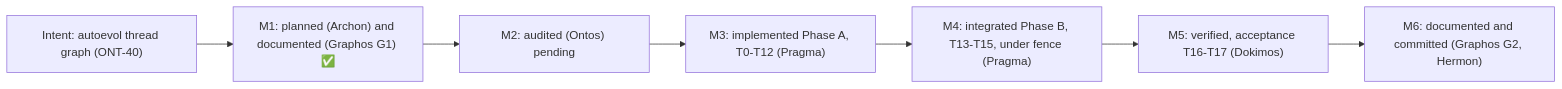
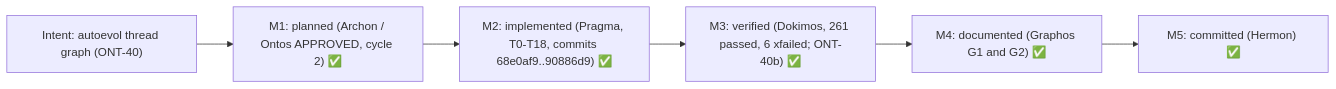
Before and after one commit to ancrz/agent-execution-plane: diagram 16 of 19 in README.md, drawn with Mermaid. The commit also changed other lines of this file and 5 other files, not shown here.

First line of the commit message:
docs(pipeline): record ONT-40 VERIFIED verdict and state (ONT-40)

````diff
--- a/README.md
+++ b/README.md
@@ -1039,9 +1039,8 @@
 ```mermaid
 flowchart LR
-    I["Intent: autoevol thread graph (ONT-40)"] --> M1["M1: planned (Archon) and documented (Graphos G1) ✅"]
-    M1 --> M2["M2: audited (Ontos) pending"]
-    M2 --> M3["M3: implemented Phase A, T0-T12 (Pragma)"]
-    M3 --> M4["M4: integrated Phase B, T13-T15, under fence (Pragma)"]
-    M4 --> M5["M5: verified, acceptance T16-T17 (Dokimos)"]
-    M5 --> M6["M6: documented and committed (Graphos G2, Hermon)"]
+    I["Intent: autoevol thread graph (ONT-40)"] --> M1["M1: planned (Archon / Ontos APPROVED, cycle 2) ✅"]
+    M1 --> M2["M2: implemented (Pragma, T0-T18, commits 68e0af9..90886d9) ✅"]
+    M2 --> M3["M3: verified (Dokimos, 261 passed, 6 xfailed; ONT-40b) ✅"]
+    M3 --> M4["M4: documented (Graphos G1 and G2) ✅"]
+    M4 --> M5["M5: committed (Hermon) ✅"]
 ```
````
